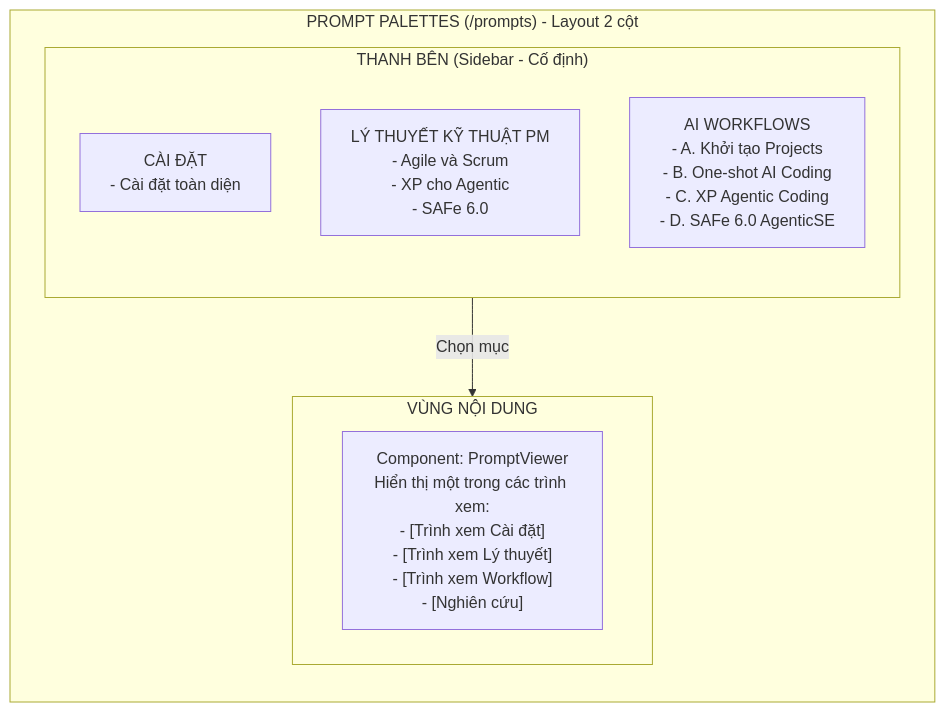
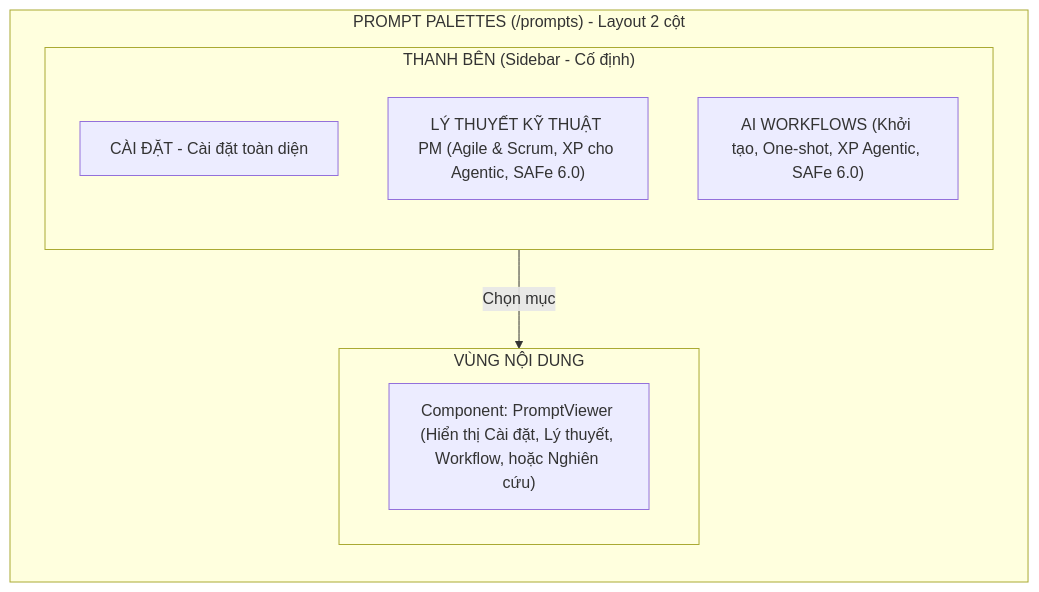
The ninth of 13 diagrams in docs/PRDs/apps-website/PRD-00-Website-Structure.md (duyhunghd6/gmind), drawn with Mermaid before and after one commit. The commit also changed other lines of this file and 1 other file, not shown here.

First line of the commit message:
docs(PRD-00): fix Mermaid diagram syntax errors and remove HTML tags

````diff
--- a/docs/PRDs/apps-website/PRD-00-Website-Structure.md
+++ b/docs/PRDs/apps-website/PRD-00-Website-Structure.md
@@ -433,17 +433,17 @@
 ```mermaid
 graph LR
     subgraph Prompts_Page["PROMPT PALETTES (/prompts) - Layout 2 cột"]
         subgraph Sidebar["THANH BÊN (Sidebar - Cố định)"]
             direction TB
-            Setup["CÀI ĐẶT<br/>- Cài đặt toàn diện"]
-            Theory["LÝ THUYẾT KỸ THUẬT PM<br/>- Agile và Scrum<br/>- XP cho Agentic<br/>- SAFe 6.0"]
-            Workflows["AI WORKFLOWS<br/>- A. Khởi tạo Projects<br/>- B. One-shot AI Coding<br/>- C. XP Agentic Coding<br/>- D. SAFe 6.0 AgenticSE"]
+            Setup["CÀI ĐẶT - Cài đặt toàn diện"]
+            Theory["LÝ THUYẾT KỸ THUẬT PM (Agile & Scrum, XP cho Agentic, SAFe 6.0)"]
+            Workflows["AI WORKFLOWS (Khởi tạo, One-shot, XP Agentic, SAFe 6.0)"]
         end
         
         subgraph Content["VÙNG NỘI DUNG"]
-            Viewer["Component: PromptViewer<br/>Hiển thị một trong các trình xem:<br/>- [Trình xem Cài đặt]<br/>- [Trình xem Lý thuyết]<br/>- [Trình xem Workflow]<br/>- [Nghiên cứu]"]
+            Viewer["Component: PromptViewer (Hiển thị Cài đặt, Lý thuyết, Workflow, hoặc Nghiên cứu)"]
         end
 
         Sidebar -->|Chọn mục| Content
     end
 ```
````
